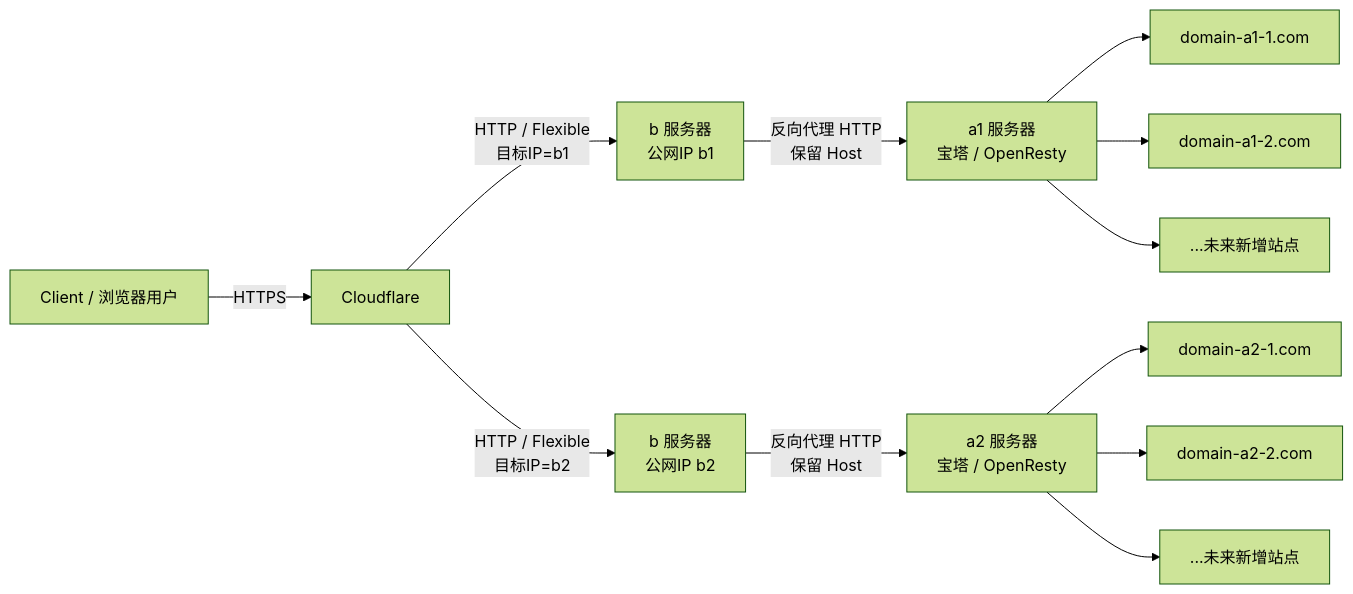
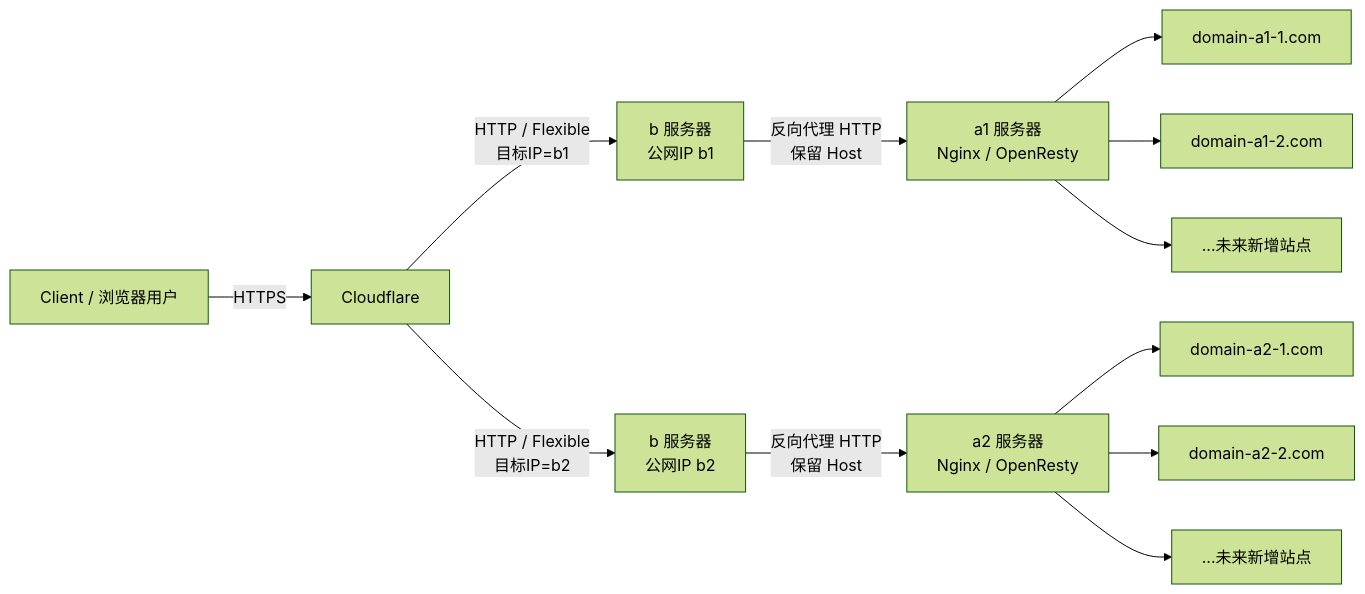
Before and after one commit to xuchaoxin1375/blogs: the second of 10 diagrams in Code/server/nginx/反向代理配置实战/nginx@多IP反代@vps多ip分别为多个后端服务器反代.md, drawn with Mermaid (forest theme). The commit also changed other lines of this file and 1 other file, not shown here.

````diff
--- a/Code/server/nginx/反向代理配置实战/nginx@多IP反代@vps多ip分别为多个后端服务器反代.md
+++ b/Code/server/nginx/反向代理配置实战/nginx@多IP反代@vps多ip分别为多个后端服务器反代.md
@@ -30,18 +30,18 @@
 ```mermaid
 flowchart LR
     U[Client / 浏览器用户] -->|HTTPS| CF[Cloudflare]
 
     CF -->|HTTP / Flexible<br/>目标IP=b1| B1[b 服务器<br/>公网IP b1]
     CF -->|HTTP / Flexible<br/>目标IP=b2| B2[b 服务器<br/>公网IP b2]
 
-    B1 -->|反向代理 HTTP<br/>保留 Host| A1[a1 服务器<br/>宝塔 / OpenResty]
-    B2 -->|反向代理 HTTP<br/>保留 Host| A2[a2 服务器<br/>宝塔 / OpenResty]
+    B1 -->|反向代理 HTTP<br/>保留 Host| A1[a1 服务器<br/>Nginx / OpenResty]
+    B2 -->|反向代理 HTTP<br/>保留 Host| A2[a2 服务器<br/>Nginx / OpenResty]
 
     A1 --> S11[domain-a1-1.com]
     A1 --> S12[domain-a1-2.com]
     A1 --> S13[...未来新增站点]
 
     A2 --> S21[domain-a2-1.com]
     A2 --> S22[domain-a2-2.com]
     A2 --> S23[...未来新增站点]
 ```
````
